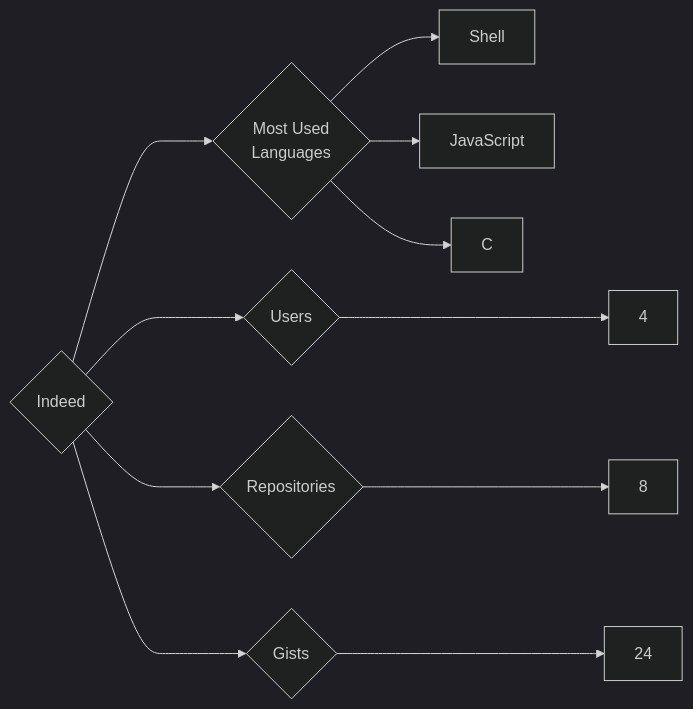
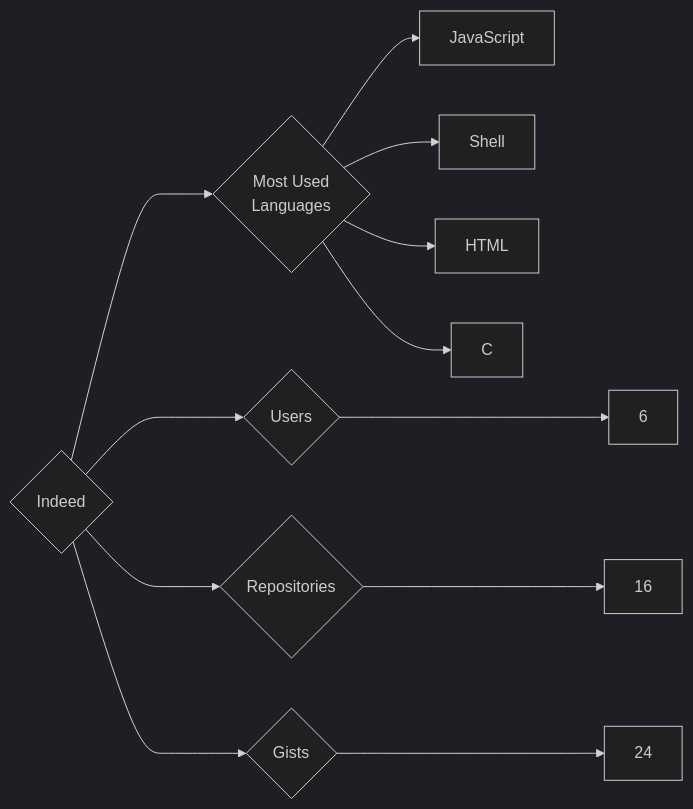
Before and after one commit to trickest/insiders: the diagram in targets/Indeed/README.md, drawn with Mermaid (dark theme). The commit also changed 1007 other files, not shown here.

````diff
--- a/targets/Indeed/README.md
+++ b/targets/Indeed/README.md
@@ -3,11 +3,12 @@
 ```mermaid
 graph LR
 COMPANY_NAME{Indeed}
-COMPANY_NAME ---> U{Users} ---> UN[4]
-COMPANY_NAME ---> R{Repositories} ---> RN[8]
+COMPANY_NAME ---> U{Users} ---> UN[6]
+COMPANY_NAME ---> R{Repositories} ---> RN[16]
 COMPANY_NAME ---> G{Gists} ---> GN[24]
 COMPANY_NAME ---> ML{Most Used<br>Languages}
+ML --> JavaScript[JavaScript]
 ML --> Shell[Shell]
-ML --> JavaScript[JavaScript]
+ML --> HTML[HTML]
 ML --> C[C]
 ```
````
